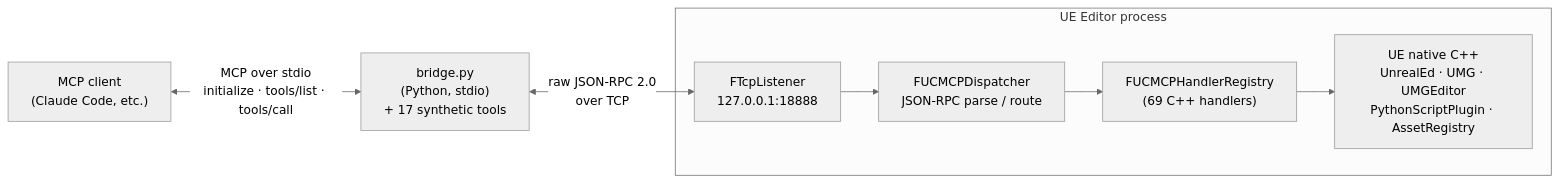
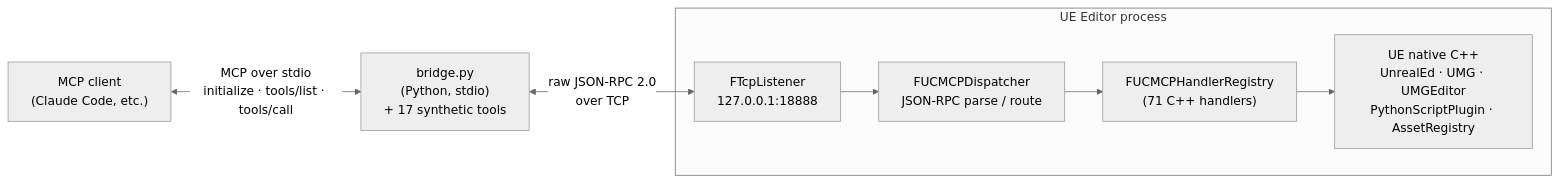
Before and after one commit to daveCode-dot/UnrealClaudeMCP: the first of 2 diagrams in docs/ARCHITECTURE.md, drawn with Mermaid (neutral theme). The commit also changed 15 other files, not shown here.

````diff
--- a/docs/ARCHITECTURE.md
+++ b/docs/ARCHITECTURE.md
@@ -5,18 +5,18 @@
 ```mermaid
 flowchart LR
     Client["MCP client<br/>(Claude Code, etc.)"]
     Bridge["bridge.py<br/>(Python, stdio)<br/>+ 17 synthetic tools"]
 
     subgraph UE["UE Editor process"]
         TCP["FTcpListener<br/>127.0.0.1:18888"]
         Disp["FUCMCPDispatcher<br/>JSON-RPC parse / route"]
-        Reg["FUCMCPHandlerRegistry<br/>(69 C++ handlers)"]
+        Reg["FUCMCPHandlerRegistry<br/>(71 C++ handlers)"]
         Native["UE native C++<br/>UnrealEd · UMG · UMGEditor<br/>PythonScriptPlugin · AssetRegistry"]
     end
 
     Client <-->|"MCP over stdio<br/>initialize · tools/list · tools/call"| Bridge
     Bridge <-->|"raw JSON-RPC 2.0<br/>over TCP"| TCP
     TCP --> Disp
     Disp --> Reg
     Reg --> Native
 ```
````
